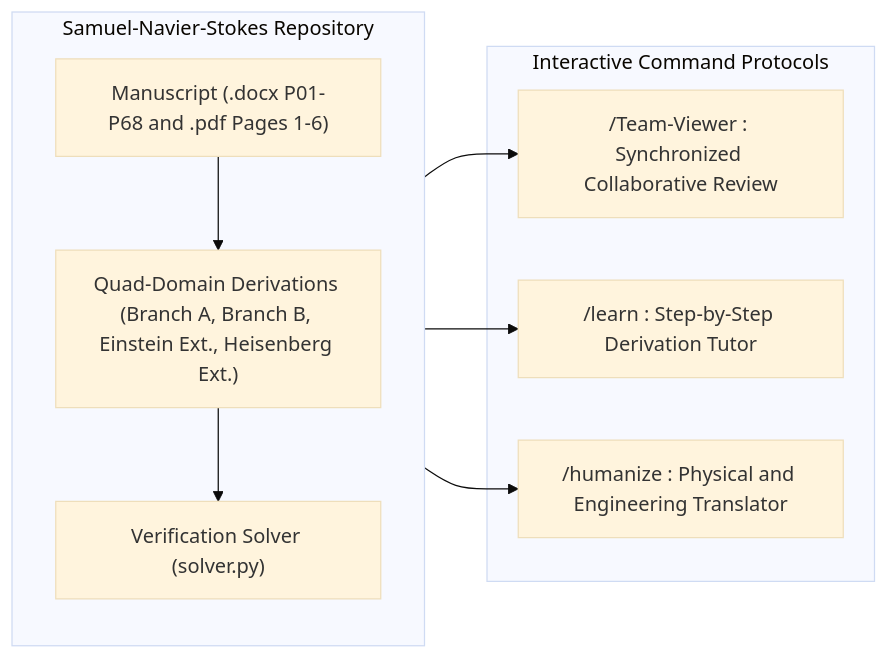
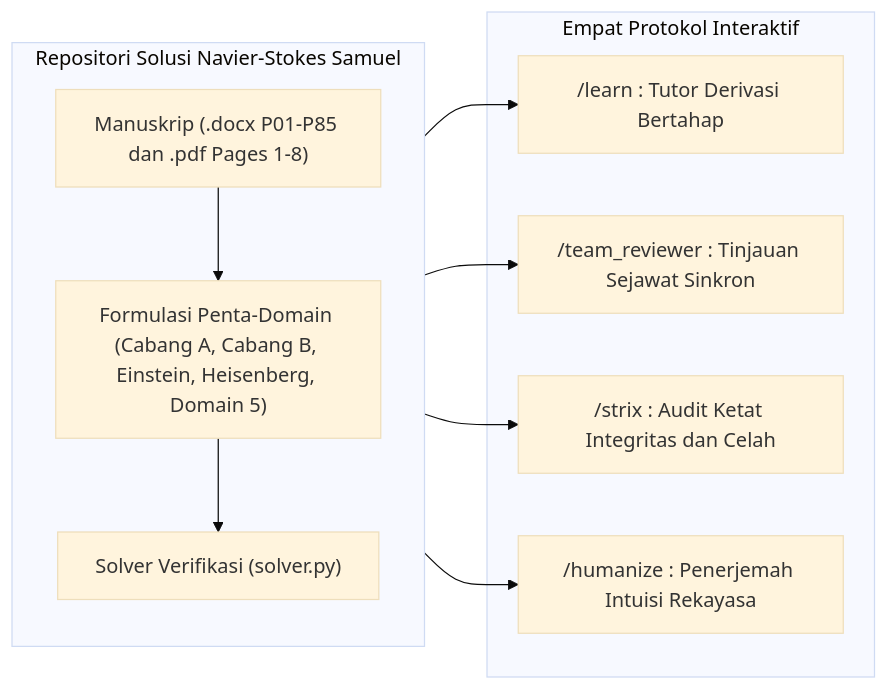
Before and after one commit to SamuelPurba/Samuel-Navier-Stocks-Equation-Solution: the second of 3 diagrams in README.md, drawn with Mermaid (base theme). The commit also changed other lines of this file and 2 other files, not shown here.

````diff
--- a/README.md
+++ b/README.md
@@ -705,20 +626,22 @@
 ```mermaid
 flowchart LR
-    subgraph Repo["Samuel-Navier-Stokes Repository"]
-        M1["Manuscript (.docx P01-P68 and .pdf Pages 1-6)"]
-        M2["Quad-Domain Derivations (Branch A, Branch B, Einstein Ext., Heisenberg Ext.)"]
-        M3["Verification Solver (solver.py)"]
+    subgraph Repo["Repositori Solusi Navier-Stokes Samuel"]
+        M1["Manuskrip (.docx P01-P85 dan .pdf Pages 1-8)"]
+        M2["Formulasi Penta-Domain (Cabang A, Cabang B, Einstein, Heisenberg, Domain 5)"]
+        M3["Solver Verifikasi (solver.py)"]
         M1 --> M2
         M2 --> M3
     end
 
-    subgraph Commands["Interactive Command Protocols"]
-        C1["/Team-Viewer : Synchronized Collaborative Review"]
-        C2["/learn : Step-by-Step Derivation Tutor"]
-        C3["/humanize : Physical and Engineering Translator"]
+    subgraph Direktif["Empat Protokol Interaktif"]
+        D1["/learn : Tutor Derivasi Bertahap"]
+        D2["/team_reviewer : Tinjauan Sejawat Sinkron"]
+        D3["/strix : Audit Ketat Integritas dan Celah"]
+        D4["/humanize : Penerjemah Intuisi Rekayasa"]
     end
 
-    Repo --> C1
-    Repo --> C2
-    Repo --> C3
+    Repo --> D1
+    Repo --> D2
+    Repo --> D3
+    Repo --> D4
 ```
````
